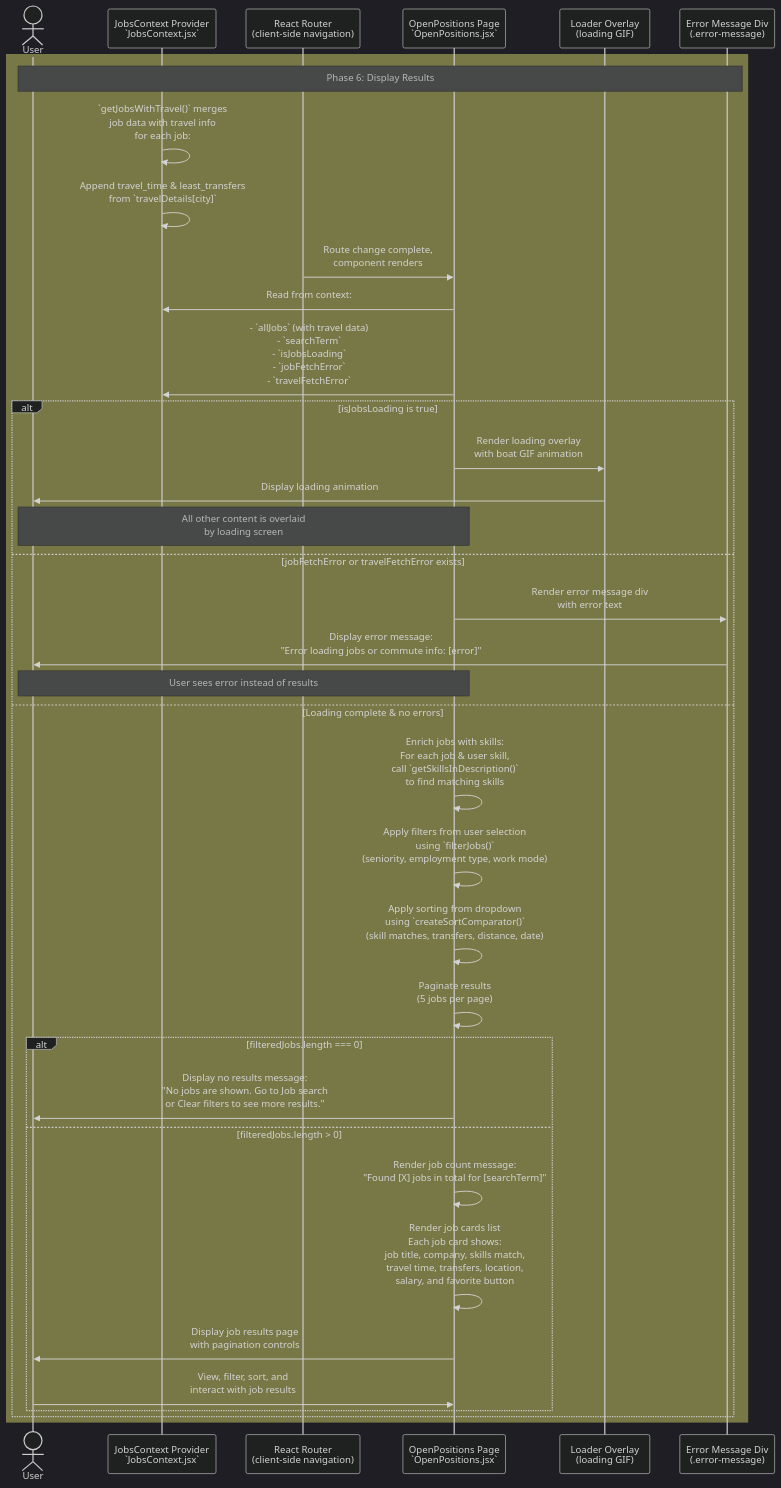
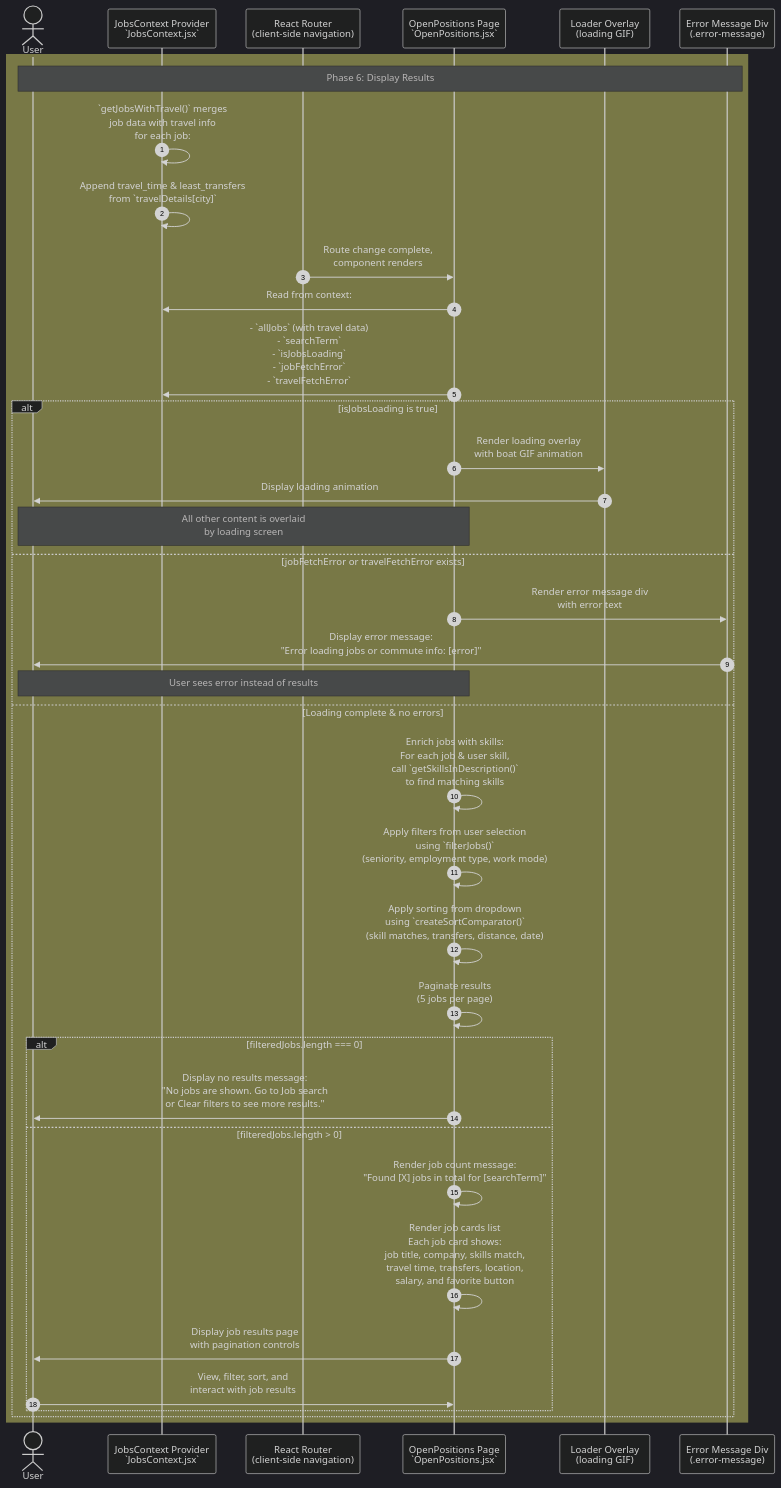
Before and after one commit to YahyaAl-Ademi/2025.10.23-JobCompass: the diagram in documentation/jobFetch/jobFetch-Phase6.md, drawn with Mermaid. The commit also changed 5 other files, not shown here.

Commit message:
Add autonumbering to sequence diagrams in job fetch documentation for improved clarity

````diff
--- a/documentation/jobFetch/jobFetch-Phase6.md
+++ b/documentation/jobFetch/jobFetch-Phase6.md
@@ -1,50 +1,51 @@
 ```mermaid
 %%{init: {'theme': 'dark', 'themeVariables': { 'primaryColor':'#1a1a1a', 'primaryBorderColor':'#4a9eff', 'lineColor':'#4a9eff', 'tertiaryColor':'#2a2a2a', 'tertiaryBorderColor':'#4a9eff', 'tertiaryTextColor':'#ffffff'}, 'sequence': {'actorMargin': 50}}}%%
 sequenceDiagram
+    autonumber
     actor User
     participant JobsContext as JobsContext Provider<br/>`JobsContext.jsx`
     participant Router as React Router<br/>(client-side navigation)
     participant OpenPositions as OpenPositions Page<br/>`OpenPositions.jsx`
     participant LoaderOverlay as Loader Overlay<br/>(loading GIF)
     participant ErrorDisplay as Error Message Div<br/>(.error-message)
 
     rect rgb(120, 120, 70)
     Note over User,ErrorDisplay: Phase 6: Display Results
     JobsContext->>JobsContext: `getJobsWithTravel()` merges<br/>job data with travel info<br/>for each job:
     JobsContext->>JobsContext: Append travel_time & least_transfers<br/>from `travelDetails[city]`
 
     Router->>OpenPositions: Route change complete,<br/>component renders
 
     OpenPositions->>JobsContext: Read from context:
     OpenPositions->>JobsContext: - `allJobs` (with travel data)<br/>- `searchTerm`<br/>- `isJobsLoading`<br/>- `jobFetchError`<br/>- `travelFetchError`
 
     alt isJobsLoading is true
         OpenPositions->>LoaderOverlay: Render loading overlay<br/>with boat GIF animation
         LoaderOverlay->>User: Display loading animation
         Note over OpenPositions,User: All other content is overlaid<br/>by loading screen
     else jobFetchError or travelFetchError exists
         OpenPositions->>ErrorDisplay: Render error message div<br/>with error text
         ErrorDisplay->>User: Display error message:<br/>"Error loading jobs or commute info: [error]"
         Note over OpenPositions,User: User sees error instead of results
     else Loading complete & no errors
         OpenPositions->>OpenPositions: Enrich jobs with skills:<br/>For each job & user skill,<br/>call `getSkillsInDescription()`<br/>to find matching skills
 
         OpenPositions->>OpenPositions: Apply filters from user selection<br/>using `filterJobs()`<br/>(seniority, employment type, work mode)
 
         OpenPositions->>OpenPositions: Apply sorting from dropdown<br/>using `createSortComparator()`<br/>(skill matches, transfers, distance, date)
 
         OpenPositions->>OpenPositions: Paginate results<br/>(5 jobs per page)
 
         alt filteredJobs.length === 0
             OpenPositions->>User: Display no results message:<br/>"No jobs are shown. Go to Job search<br/>or Clear filters to see more results."
         else filteredJobs.length > 0
             OpenPositions->>OpenPositions: Render job count message:<br/>"Found [X] jobs in total for [searchTerm]"
             OpenPositions->>OpenPositions: Render job cards list<br/>Each job card shows:<br/>job title, company, skills match,<br/>travel time, transfers, location,<br/>salary, and favorite button
             OpenPositions->>User: Display job results page<br/>with pagination controls
 
             User->>OpenPositions: View, filter, sort, and<br/>interact with job results
         end
     end
 
     end
 ```
````
